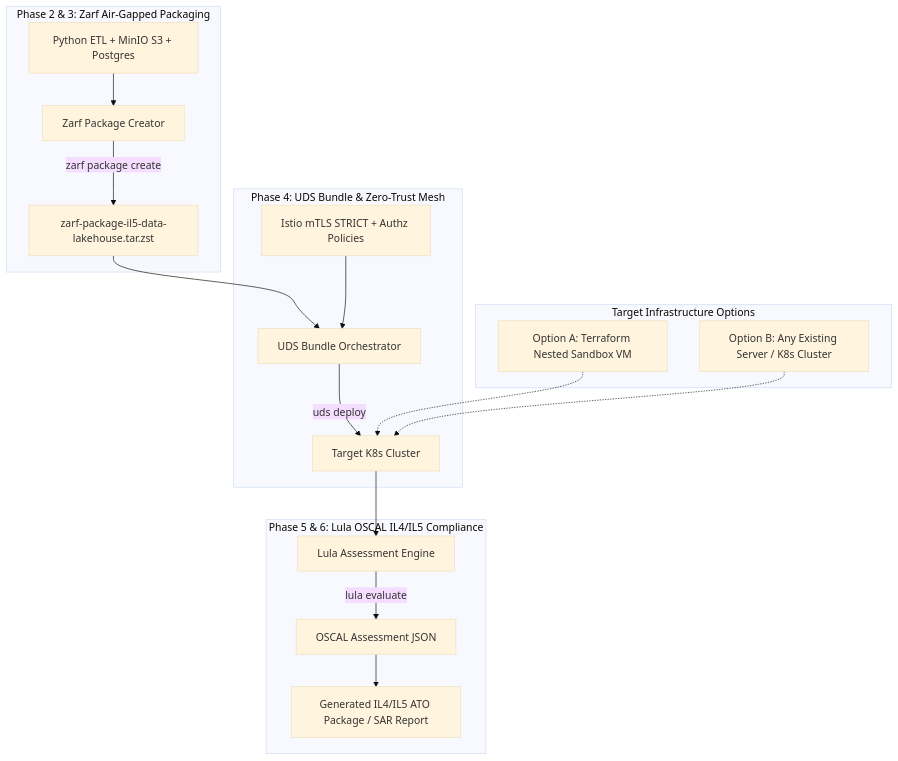
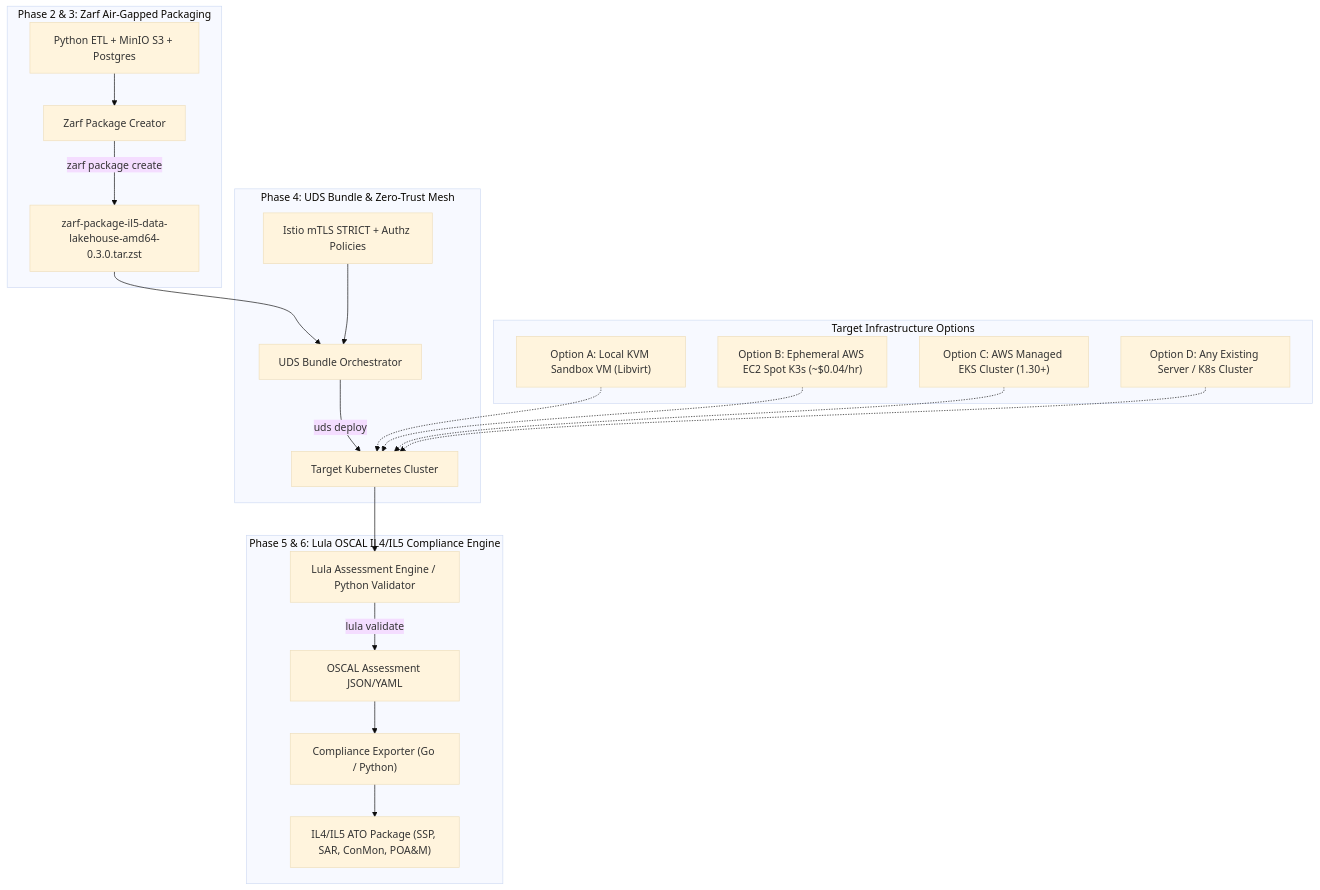
One commit to celttechie/zarf-uds-lula-datalakehouse changed the diagram in README.md. Above: the diagram before and after it, drawn with Mermaid (base theme). The commit also changed other lines of this file and 7 other files, not shown here.

````diff
--- a/README.md
+++ b/README.md
@@ -13,26 +15,31 @@
 ```mermaid
 flowchart TD
     subgraph TargetEnv ["Target Infrastructure Options"]
-        OPT_A[Option A: Terraform Nested Sandbox VM]
-        OPT_B[Option B: Any Existing Server / K8s Cluster]
+        OPT_A["Option A: Local KVM Sandbox VM (Libvirt)"]
+        OPT_B["Option B: Ephemeral AWS EC2 Spot K3s (~$0.04/hr)"]
+        OPT_C["Option C: AWS Managed EKS Cluster (1.30+)"]
+        OPT_D["Option D: Any Existing Server / K8s Cluster"]
     end
 
     subgraph Packaging ["Phase 2 & 3: Zarf Air-Gapped Packaging"]
-        APP[Python ETL + MinIO S3 + Postgres] --> ZARF[Zarf Package Creator]
-        ZARF -->|zarf package create| TAR[zarf-package-il5-data-lakehouse.tar.zst]
+        APP["Python ETL + MinIO S3 + Postgres"] --> ZARF["Zarf Package Creator"]
+        ZARF -->|"zarf package create"| TAR["zarf-package-il5-data-lakehouse-amd64-0.3.0.tar.zst"]
     end
 
     subgraph Orchestration ["Phase 4: UDS Bundle & Zero-Trust Mesh"]
-        TAR --> UDS[UDS Bundle Orchestrator]
-        MESH[Istio mTLS STRICT + Authz Policies] --> UDS
-        UDS -->|uds deploy| K3S[Target K8s Cluster]
-        OPT_A -.-> K3S
-        OPT_B -.-> K3S
+        TAR --> UDS["UDS Bundle Orchestrator"]
+        MESH["Istio mTLS STRICT + Authz Policies"] --> UDS
+        UDS -->|"uds deploy"| K8S["Target Kubernetes Cluster"]
+        OPT_A -.-> K8S
+        OPT_B -.-> K8S
+        OPT_C -.-> K8S
+        OPT_D -.-> K8S
     end
 
-    subgraph Accreditation ["Phase 5 & 6: Lula OSCAL IL4/IL5 Compliance"]
-        K3S --> LULA[Lula Assessment Engine]
-        LULA -->|lula evaluate| OSCAL[OSCAL Assessment JSON]
-        OSCAL --> REPORT[Generated IL4/IL5 ATO Package / SAR Report]
+    subgraph Accreditation ["Phase 5 & 6: Lula OSCAL IL4/IL5 Compliance Engine"]
+        K8S --> LULA["Lula Assessment Engine / Python Validator"]
+        LULA -->|"lula validate"| OSCAL["OSCAL Assessment JSON/YAML"]
+        OSCAL --> EXP["Compliance Exporter (Go / Python)"]
+        EXP --> ATO["IL4/IL5 ATO Package (SSP, SAR, ConMon, POA&M)"]
     end
 ```
````
